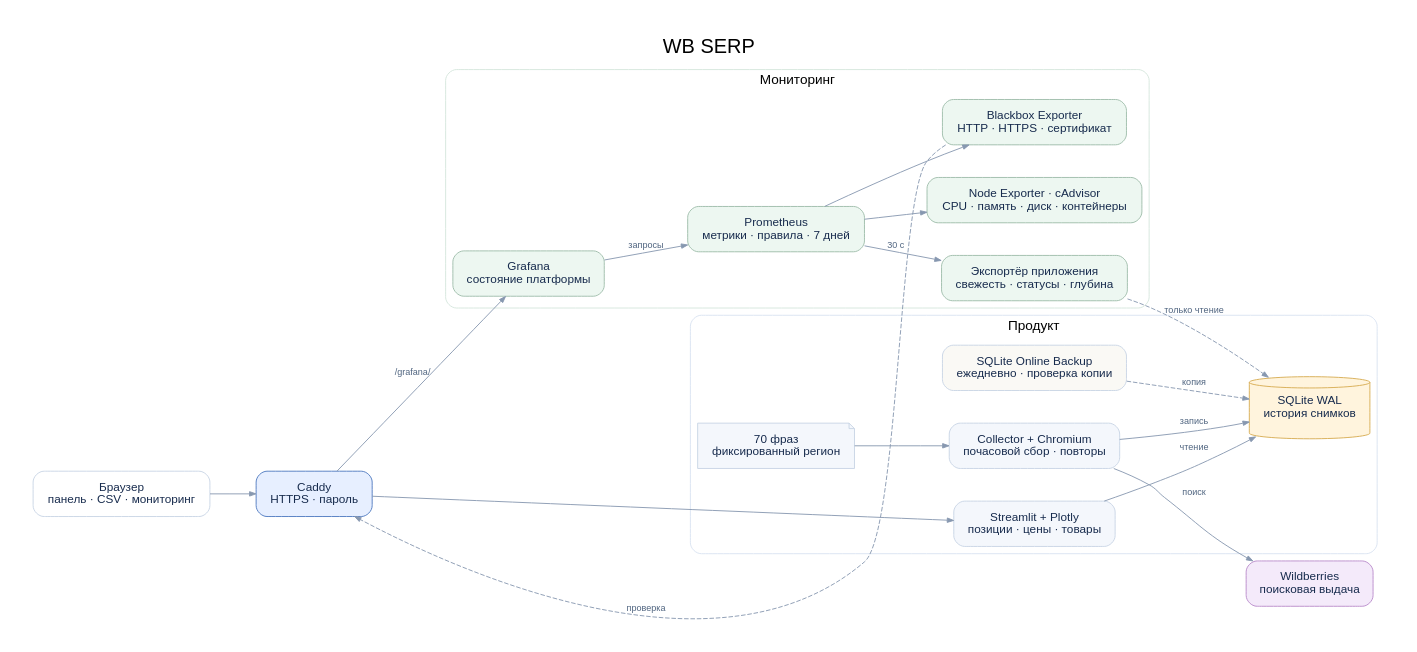
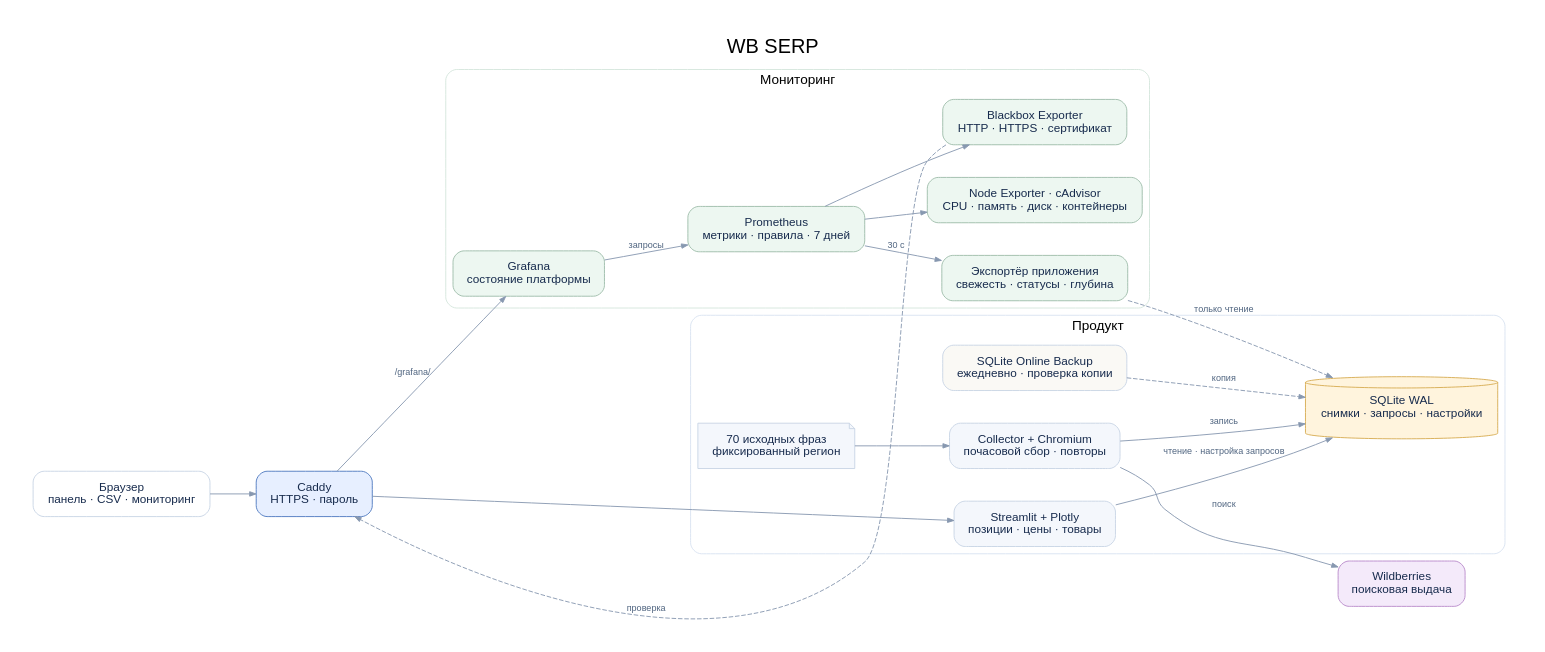
One commit to Markinllz/wb-serp changed the diagram in docs/assets/architecture.dot. Above: the diagram before and after it, drawn with Graphviz. The commit also changed 31 other files, not shown here.

```diff
--- a/docs/assets/architecture.dot
+++ b/docs/assets/architecture.dot
@@ -1,39 +1,39 @@
 digraph Architecture {
   graph [rankdir=LR, bgcolor="white", pad="0.4", nodesep="0.5", ranksep="0.7", fontname="Arial", fontsize=22, label="WB SERP", labelloc=t, compound=true];
   node [shape=box, style="rounded,filled", fillcolor="#f4f7fc", color="#c8d4e5", fontcolor="#172b4d", fontname="Arial", fontsize=13, margin="0.2,0.15"];
   edge [color="#8798b0", fontcolor="#506580", fontname="Arial", fontsize=10, arrowsize=0.7];
   browser [label="Браузер\nпанель · CSV · мониторинг", fillcolor="#ffffff"];
   proxy [label="Caddy\nHTTPS · пароль", fillcolor="#e7efff", color="#4e79bf"];
   subgraph cluster_product {
     label="Продукт"; color="#d9e3f1"; style=rounded; fontname="Arial"; fontsize=15;
     ui [label="Streamlit + Plotly\nпозиции · цены · товары"];
-    db [label="SQLite WAL\nистория снимков", shape=cylinder, fillcolor="#fff4dd", color="#d7ac51"];
+    db [label="SQLite WAL\nснимки · запросы · настройки", shape=cylinder, fillcolor="#fff4dd", color="#d7ac51"];
     worker [label="Collector + Chromium\nпочасовой сбор · повторы"];
-    phrases [label="70 фраз\nфиксированный регион", shape=note];
+    phrases [label="70 исходных фраз\nфиксированный регион", shape=note];
     backup [label="SQLite Online Backup\nежедневно · проверка копии", fillcolor="#faf9f5"];
     phrases -> worker;
     worker -> db [label="запись"];
-    ui -> db [label="чтение"];
+    ui -> db [label="чтение · настройка запросов"];
     backup -> db [label="копия", style=dashed];
   }
   wb [label="Wildberries\nпоисковая выдача", fillcolor="#f4eafa", color="#b98acb"];
   subgraph cluster_monitoring {
     label="Мониторинг"; color="#d4e6dc"; style=rounded; fontname="Arial"; fontsize=15;
     node [fillcolor="#edf7f1", color="#9dbca9"];
     grafana [label="Grafana\nсостояние платформы"];
     prometheus [label="Prometheus\nметрики · правила · 7 дней"];
     metrics [label="Экспортёр приложения\nсвежесть · статусы · глубина"];
     exporters [label="Node Exporter · cAdvisor\nCPU · память · диск · контейнеры"];
     blackbox [label="Blackbox Exporter\nHTTP · HTTPS · сертификат"];
     grafana -> prometheus [label="запросы"];
     prometheus -> metrics [label="30 с"];
     prometheus -> exporters;
     prometheus -> blackbox;
   }
   browser -> proxy;
   proxy -> ui;
   proxy -> grafana [label="/grafana/"];
   worker -> wb [label="поиск"];
   metrics -> db [label="только чтение", style=dashed];
   blackbox -> proxy [label="проверка", style=dashed, constraint=false];
 }
```
